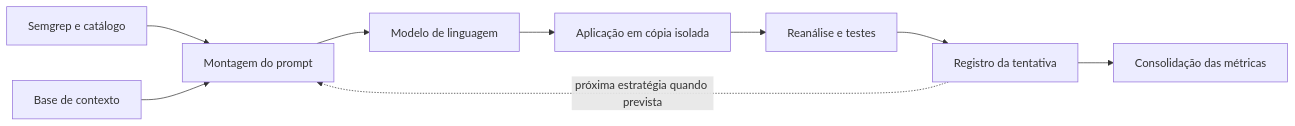
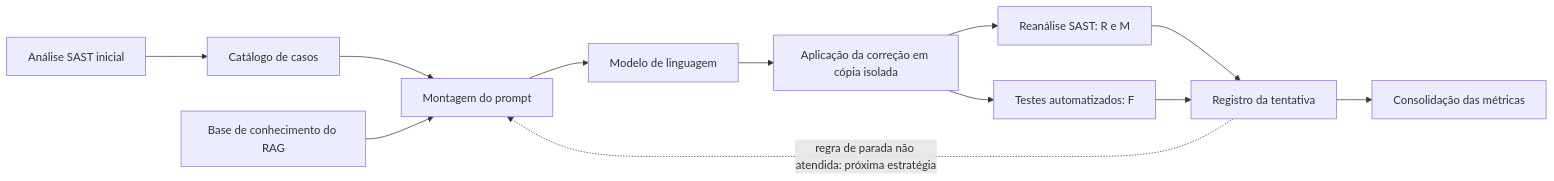
One commit to MatheussBrant/TCC2---Escrita changed the first of 2 diagrams in manuscrito/04-implementacao.md. Above: the diagram before and after it, drawn with Mermaid. The commit also changed other lines of this file and 4 other files, not shown here.

````diff
--- a/manuscrito/04-implementacao.md
+++ b/manuscrito/04-implementacao.md
@@ -13,11 +15,14 @@
 ```mermaid
 flowchart LR
-    A[Semgrep e catálogo] --> B[Montagem do prompt]
-    C[Base de contexto] --> B
-    B --> D[Modelo de linguagem]
-    D --> E[Aplicação em cópia isolada]
-    E --> F[Reanálise e testes]
-    F --> G[Registro da tentativa]
-    G --> H[Consolidação das métricas]
-    G -. próxima estratégia quando prevista .-> B
+    A[Análise SAST inicial] --> B[Catálogo de casos]
+    B --> D[Montagem do prompt]
+    C[Base de conhecimento do RAG] --> D
+    D --> E[Modelo de linguagem]
+    E --> F[Aplicação da correção em cópia isolada]
+    F --> G[Reanálise SAST: R e M]
+    F --> H[Testes automatizados: F]
+    G --> I[Registro da tentativa]
+    H --> I
+    I --> J[Consolidação das métricas]
+    I -. regra de parada não atendida: próxima estratégia .-> D
 ```
````
